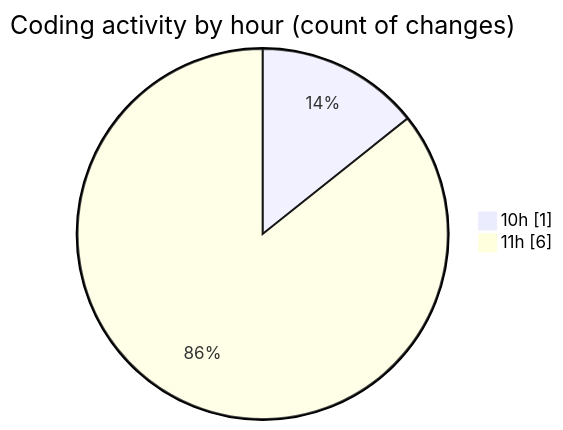
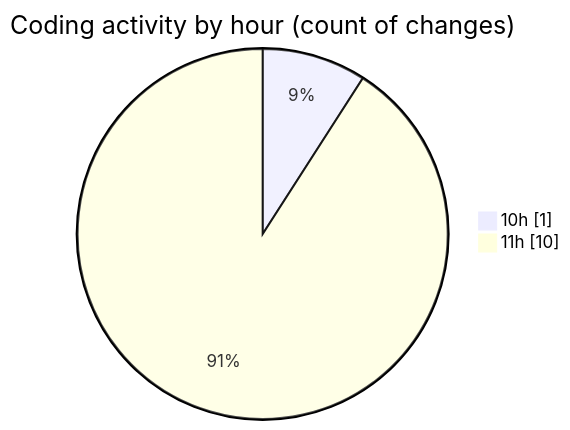
The second of 2 diagrams in 2025-07-27/nxtqube_webapp/README.md (nxtqubesakshisongat/code-tracking), drawn with Mermaid before and after one commit. The commit also changed other lines of this file and 1 other file, not shown here.

````diff
--- a/2025-07-27/nxtqube_webapp/README.md
+++ b/2025-07-27/nxtqube_webapp/README.md
@@ -32,6 +32,6 @@
 ```mermaid
 pie showData
 title Coding activity by hour (count of changes)
 "10h" : 1
-"11h" : 6
+"11h" : 10
 ```
````
